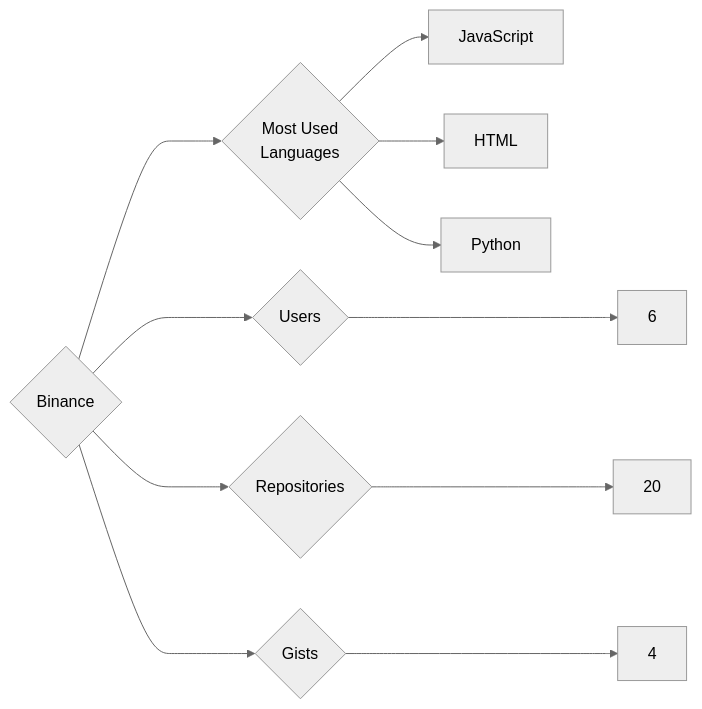
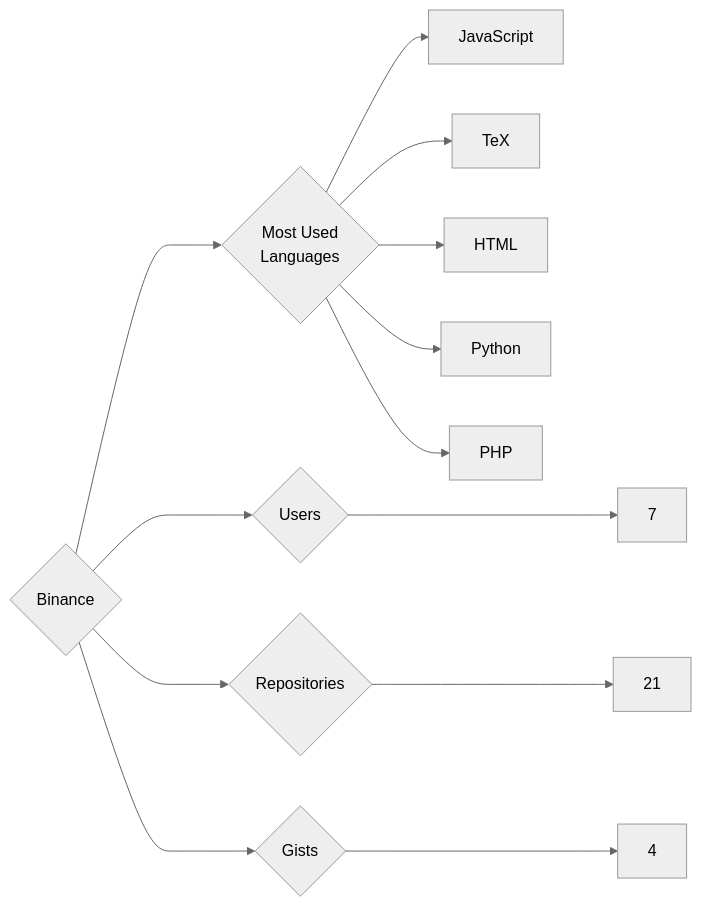
Before and after one commit to trickest/insiders: the diagram in targets/Binance/README.md, drawn with Mermaid (neutral theme). The commit also changed 1030 other files, not shown here.

````diff
--- a/targets/Binance/README.md
+++ b/targets/Binance/README.md
@@ -3,11 +3,13 @@
 ```mermaid
 graph LR
 COMPANY_NAME{Binance}
-COMPANY_NAME ---> U{Users} ---> UN[6]
-COMPANY_NAME ---> R{Repositories} ---> RN[20]
+COMPANY_NAME ---> U{Users} ---> UN[7]
+COMPANY_NAME ---> R{Repositories} ---> RN[21]
 COMPANY_NAME ---> G{Gists} ---> GN[4]
 COMPANY_NAME ---> ML{Most Used<br>Languages}
 ML --> JavaScript[JavaScript]
+ML --> TeX[TeX]
 ML --> HTML[HTML]
 ML --> Python[Python]
+ML --> PHP[PHP]
 ```
````
